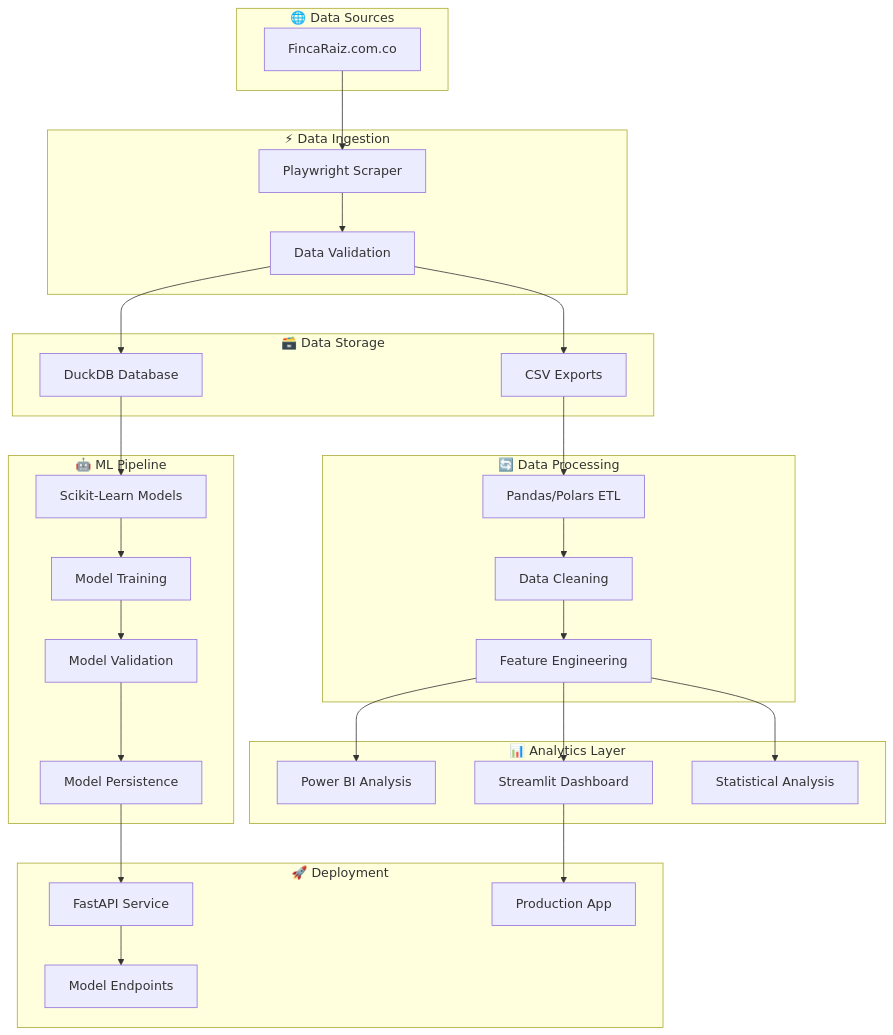
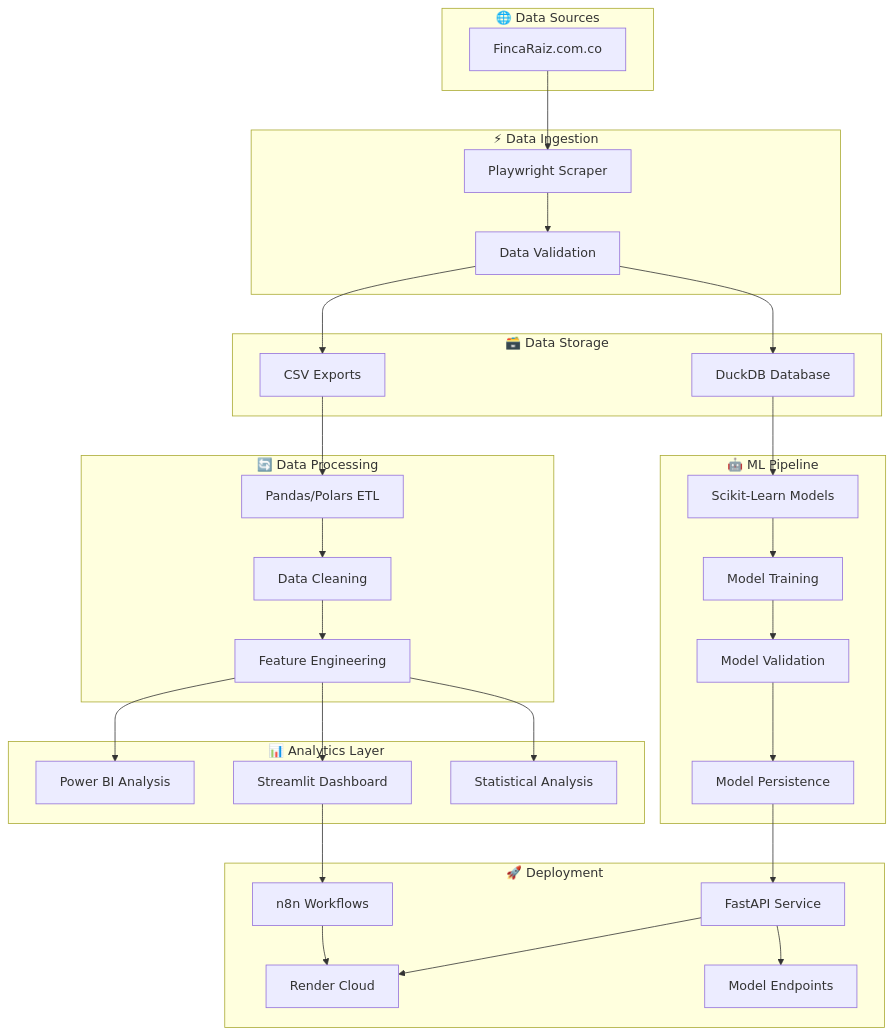
One commit to K31NER/InmoPipeline changed the first of 6 diagrams in README.md. Above: the diagram before and after it, drawn with Mermaid. The commit also changed other lines of this file and 1 other file, not shown here.

````diff
--- a/README.md
+++ b/README.md
@@ -53,59 +65,62 @@
 ```mermaid
 graph TB
     subgraph "🌐 Data Sources"
         A[FincaRaiz.com.co]
     end
     
     subgraph "⚡ Data Ingestion"
         B[Playwright Scraper]
         C[Data Validation]
     end
     
     subgraph "🗃️ Data Storage"
         D[DuckDB Database]
         E[CSV Exports]
     end
     
     subgraph "🔄 Data Processing"
         F[Pandas/Polars ETL]
         G[Data Cleaning]
         H[Feature Engineering]
     end
     
     subgraph "📊 Analytics Layer"
         I[Power BI Analysis]
         J[Streamlit Dashboard]
         K[Statistical Analysis]
     end
     
     subgraph "🤖 ML Pipeline"
         L[Scikit-Learn Models]
         M[Model Training]
         N[Model Validation]
         O[Model Persistence]
     end
     
     subgraph "🚀 Deployment"
         P[FastAPI Service]
-        Q[Production App]
+        Q[Render Cloud]
         R[Model Endpoints]
+        S[n8n Workflows]
     end
     
     A --> B
     B --> C
     C --> D
     C --> E
     E --> F
     F --> G
     G --> H
     H --> I
     H --> J
     H --> K
     D --> L
     L --> M
     M --> N
     N --> O
     O --> P
+    P --> Q
     P --> R
-    J --> Q
+    J --> S
+    S --> Q
 ```
````
